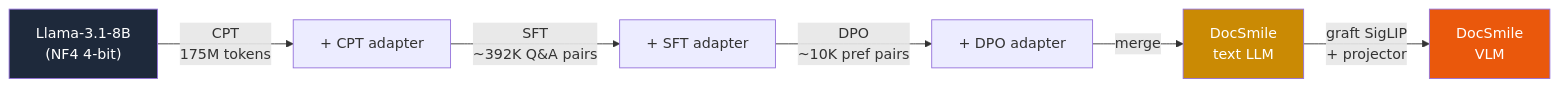
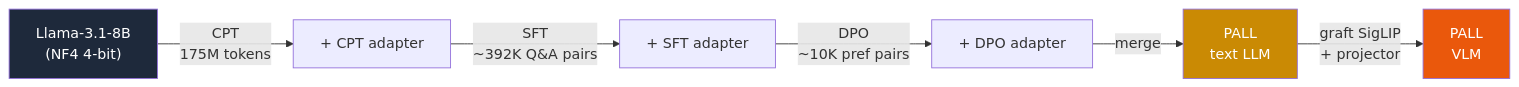
The diagram in README.md (HARISUNDARRAJENDRAN/PALL---Post-training-Acceleration-of-LLMs-at-Lowest-cost), drawn with Mermaid before and after one commit. The commit also changed other lines of this file and 6 other files, not shown here.

````diff
--- a/README.md
+++ b/README.md
@@ -52,11 +52,11 @@
 ```mermaid
 flowchart LR
     A["Llama-3.1-8B<br/>(NF4 4-bit)"] -->|"CPT<br/>175M tokens"| B["+ CPT adapter"]
     B -->|"SFT<br/>~392K Q&A pairs"| C["+ SFT adapter"]
     C -->|"DPO<br/>~10K pref pairs"| D["+ DPO adapter"]
-    D -->|"merge"| E["DocSmile<br/>text LLM"]
-    E -->|"graft SigLIP<br/>+ projector"| F["DocSmile<br/>VLM"]
+    D -->|"merge"| E["PALL<br/>text LLM"]
+    E -->|"graft SigLIP<br/>+ projector"| F["PALL<br/>VLM"]
     style A fill:#1e293b,color:#fff
     style E fill:#ca8a04,color:#fff
     style F fill:#ea580c,color:#fff
 ```
````
